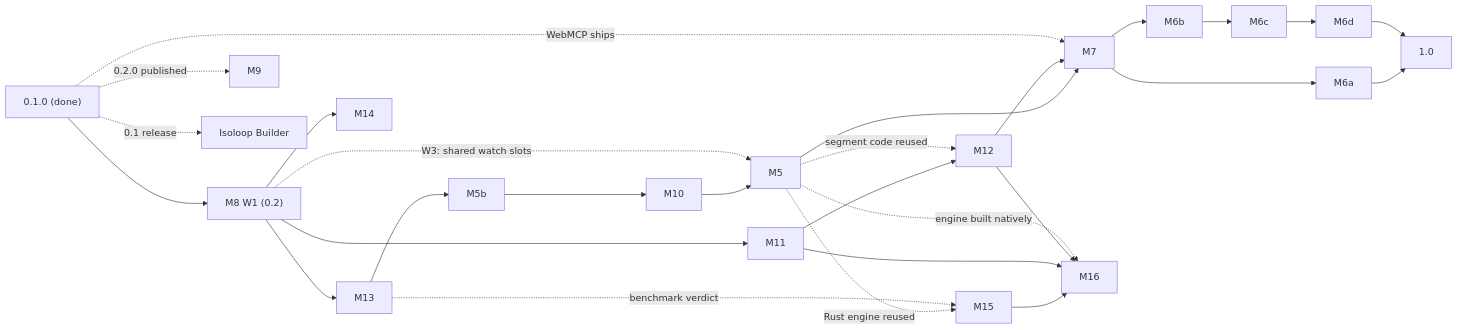
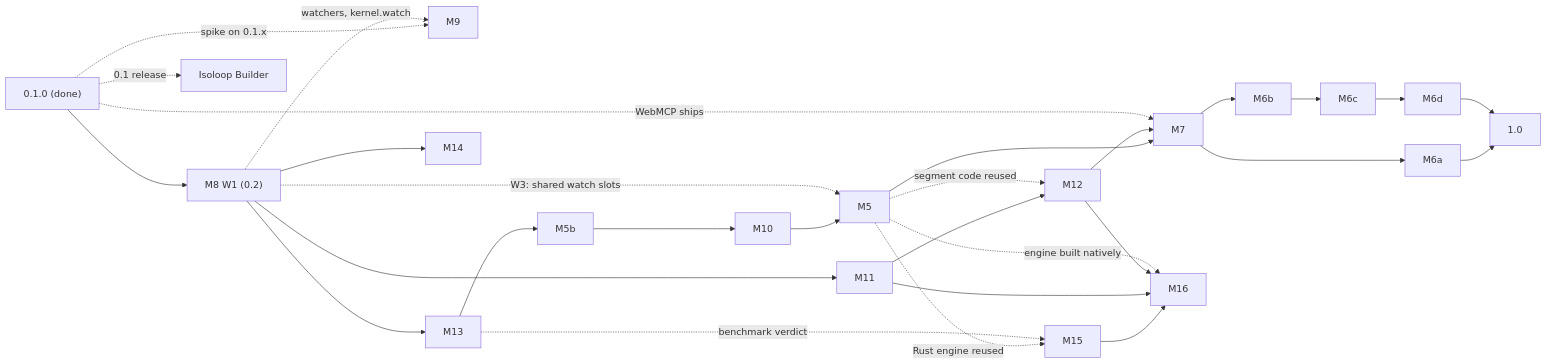
The diagram in docs/plans/roadmap.md (isoloop/isoloop), drawn with Mermaid before and after one commit. The commit also changed other lines of this file and 3 other files, not shown here.

````diff
--- a/docs/plans/roadmap.md
+++ b/docs/plans/roadmap.md
@@ -27,23 +27,24 @@
 ```mermaid
 flowchart LR
   V01["0.1.0 (done)"] --> M8["M8 W1 (0.2)"]
-  V01 -. "0.2.0 published" .-> M9
+  V01 -. "spike on 0.1.x" .-> M9
+  M8 -. "watchers, kernel.watch" .-> M9
   M8 --> M13 & M14 & M11
   M13 --> M5b --> M10
   M10 --> M5
   M8 -. "W3: shared watch slots" .-> M5
   M11 --> M12
   M5 -. "segment code reused" .-> M12
   M5 & M12 --> M7
   M7 --> M6a & M6b
   M6b --> M6c --> M6d
   M6a & M6d --> V1["1.0"]
   V01 -. "WebMCP ships" .-> M7
   V01 -. "0.1 release" .-> Builder["Isoloop Builder"]
   M5 -. "Rust engine reused" .-> M15
   M13 -. "benchmark verdict" .-> M15
   M15 --> M16
   M11 --> M16
   M12 --> M16
   M5 -. "engine built natively" .-> M16
 ```
````
